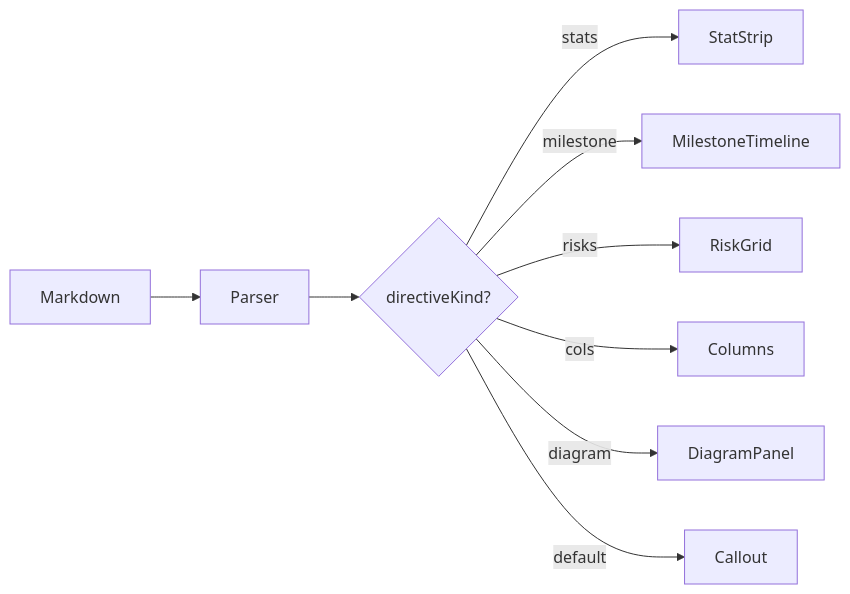
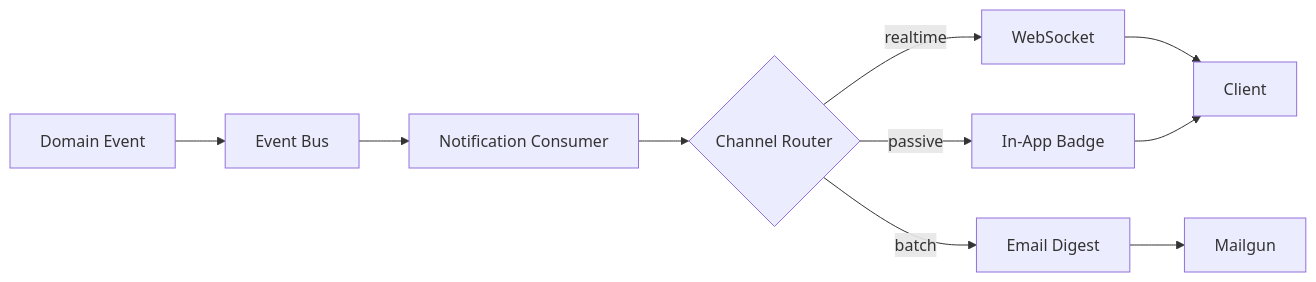
The diagram in plan/directive-demo.md (backnotprop/plannotator), drawn with Mermaid before and after one commit. The commit also changed other lines of this file and 14 other files, not shown here.

````diff
--- a/plan/directive-demo.md
+++ b/plan/directive-demo.md
@@ -84,11 +58,12 @@
 ```mermaid
 graph LR
-    A[Markdown] --> B[Parser]
-    B --> C{directiveKind?}
-    C -->|stats| D[StatStrip]
-    C -->|milestone| E[MilestoneTimeline]
-    C -->|risks| F[RiskGrid]
-    C -->|cols| G[Columns]
-    C -->|diagram| H[DiagramPanel]
-    C -->|default| I[Callout]
+    A[Domain Event] --> B[Event Bus]
+    B --> C[Notification Consumer]
+    C --> D{Channel Router}
+    D -->|realtime| E[WebSocket]
+    D -->|batch| F[Email Digest]
+    D -->|passive| G[In-App Badge]
+    E --> H[Client]
+    F --> I[Mailgun]
+    G --> H
 ```
````
